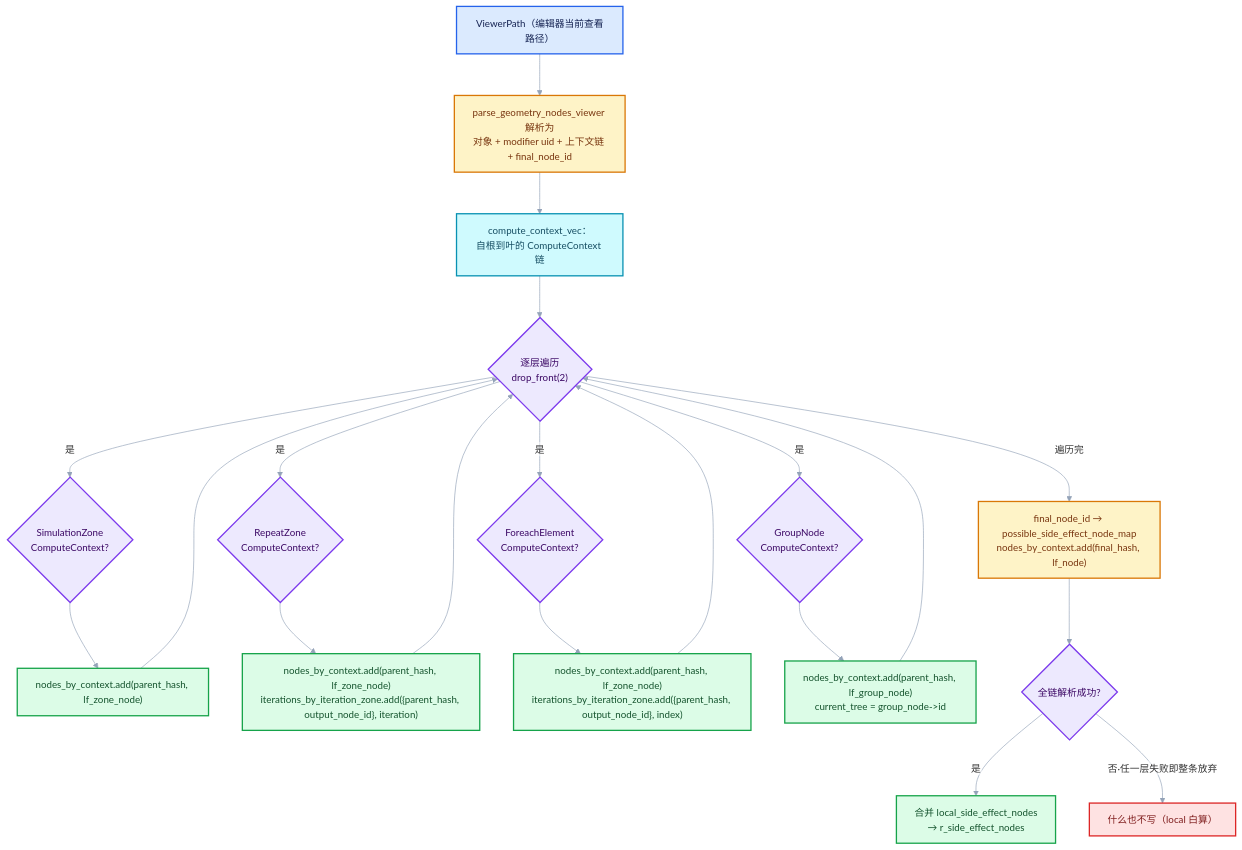
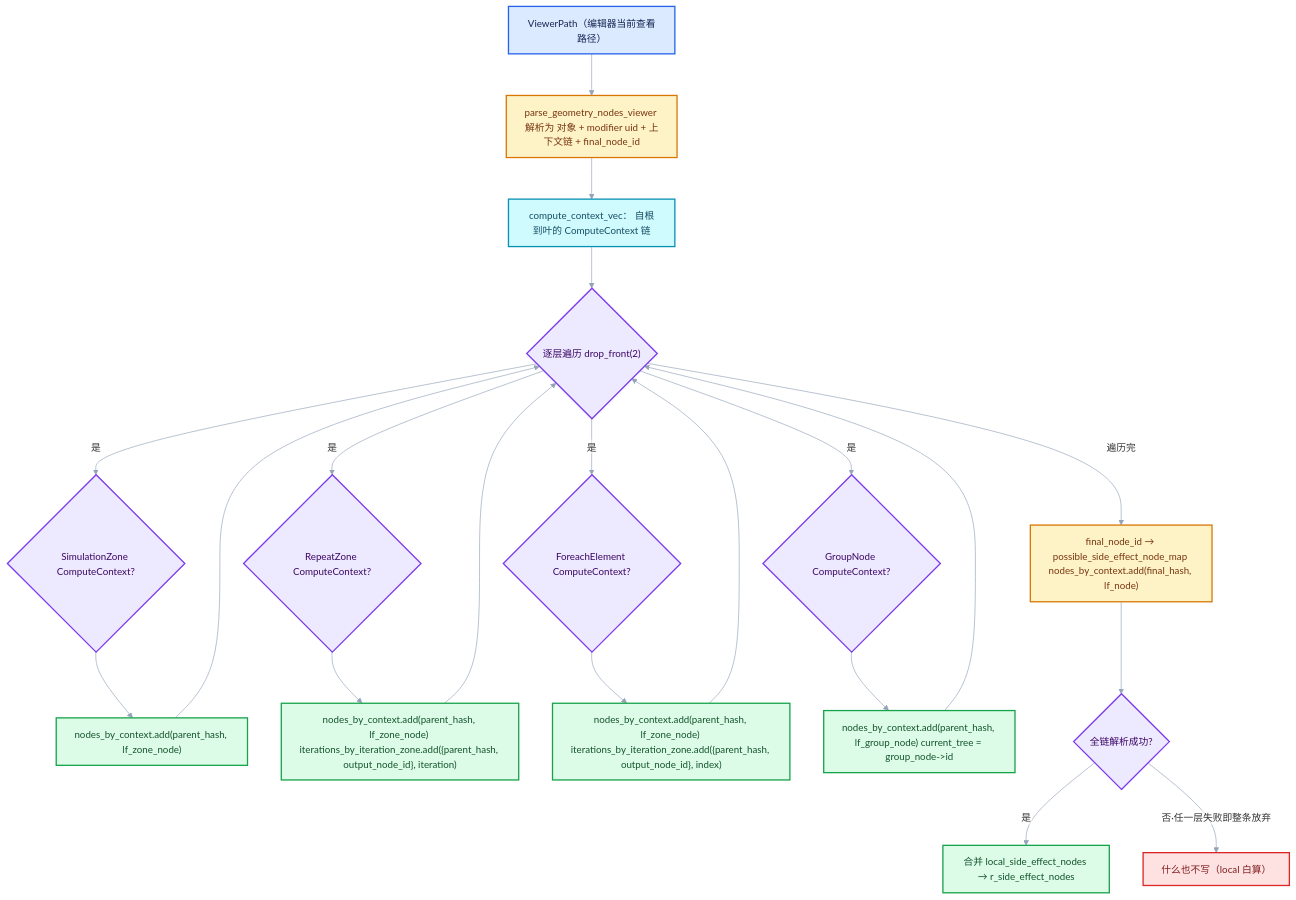
Before and after one commit to yunkezengren/blender-.vscode: the first of 3 diagrams in 杂/markdown/重复区域-dsh/04-运行时机制/03-副作用迭代与按需执行.md, drawn with Mermaid. The commit also changed other lines of this file and 27 other files, not shown here.

````diff
--- a/杂/markdown/重复区域-dsh/04-运行时机制/03-副作用迭代与按需执行.md
+++ b/杂/markdown/重复区域-dsh/04-运行时机制/03-副作用迭代与按需执行.md
@@ -248,37 +190,37 @@
 ```mermaid
 %%{init: {"theme":"base","themeVariables":{"fontFamily":"\"Segoe UI\",\"Microsoft YaHei\",sans-serif","fontSize":"15px","lineColor":"#94A3B8","edgeLabelBackground":"#FFFFFF","clusterBkg":"#F8FAFC","clusterBorder":"#CBD5E1"},"flowchart":{"htmlLabels":false,"curve":"basis","nodeSpacing":52,"rankSpacing":64,"padding":14,"diagramPadding":16,"useMaxWidth":true},"sequence":{"useMaxWidth":true,"wrap":true,"mirrorActors":false,"messageMargin":36}}}%%
 flowchart TB
   VP["ViewerPath（编辑器当前查看路径）"]:::input
-  P["parse_geometry_nodes_viewer 解析为<br/>对象 + modifier uid + 上下文链 + final_node_id"]:::compute
-  CC["compute_context_vec：<br/>自根到叶的 ComputeContext 链"]:::data
-  LOOP{"逐层遍历<br/>drop_front(2)"}:::abstraction
-  SIM{"SimulationZone<br/>ComputeContext?"}:::abstraction
-  REP{"RepeatZone<br/>ComputeContext?"}:::abstraction
-  FE{"ForeachElement<br/>ComputeContext?"}:::abstraction
-  GRP{"GroupNode<br/>ComputeContext?"}:::abstraction
+  P["parse_geometry_nodes_viewer 解析为 对象 + modifier uid + 上下文链 + final_node_id"]:::compute
+  CC["compute_context_vec： 自根到叶的 ComputeContext 链"]:::data
+  LOOP{"逐层遍历 drop_front(2)"}:::abstraction
+  SIM{"SimulationZone ComputeContext?"}:::abstraction
+  REP{"RepeatZone ComputeContext?"}:::abstraction
+  FE{"ForeachElement ComputeContext?"}:::abstraction
+  GRP{"GroupNode ComputeContext?"}:::abstraction
   ADD1["nodes_by_context.add(parent_hash, lf_zone_node)"]:::result
-  ADD2["nodes_by_context.add(parent_hash, lf_zone_node)<br/>iterations_by_iteration_zone.add({parent_hash, output_node_id}, iteration)"]:::result
-  ADD3["nodes_by_context.add(parent_hash, lf_zone_node)<br/>iterations_by_iteration_zone.add({parent_hash, output_node_id}, index)"]:::result
-  ADD4["nodes_by_context.add(parent_hash, lf_group_node)<br/>current_tree = group_node->id"]:::result
-  FIN["final_node_id → possible_side_effect_node_map<br/>nodes_by_context.add(final_hash, lf_node)"]:::compute
+  ADD2["nodes_by_context.add(parent_hash, lf_zone_node) iterations_by_iteration_zone.add({parent_hash, output_node_id}, iteration)"]:::result
+  ADD3["nodes_by_context.add(parent_hash, lf_zone_node) iterations_by_iteration_zone.add({parent_hash, output_node_id}, index)"]:::result
+  ADD4["nodes_by_context.add(parent_hash, lf_group_node) current_tree = group_node->id"]:::result
+  FIN["final_node_id → possible_side_effect_node_map nodes_by_context.add(final_hash, lf_node)"]:::compute
   CHK{"全链解析成功?"}:::abstraction
-  MERGE["合并 local_side_effect_nodes<br/>→ r_side_effect_nodes"]:::result
+  MERGE["合并 local_side_effect_nodes → r_side_effect_nodes"]:::result
   VP --> P --> CC --> LOOP
   LOOP -->|是| SIM
   LOOP -->|是| REP
   LOOP -->|是| FE
   LOOP -->|是| GRP
   SIM --> ADD1 --> LOOP
   REP --> ADD2 --> LOOP
   FE --> ADD3 --> LOOP
   GRP --> ADD4 --> LOOP
   LOOP -->|遍历完| FIN --> CHK
   CHK -->|是| MERGE
   CHK -->|否·任一层失败即整条放弃| ABORT["什么也不写（local 白算）"]:::error
   classDef input fill:#DBEAFE,stroke:#2563EB,color:#172554,stroke-width:2px;
   classDef data fill:#CFFAFE,stroke:#0891B2,color:#164E63,stroke-width:2px;
   classDef abstraction fill:#EDE9FE,stroke:#7C3AED,color:#3B0764,stroke-width:2px;
   classDef compute fill:#FEF3C7,stroke:#D97706,color:#78350F,stroke-width:2px;
   classDef result fill:#DCFCE7,stroke:#16A34A,color:#14532D,stroke-width:2px;
   classDef error fill:#FEE2E2,stroke:#DC2626,color:#7F1D1D,stroke-width:2px;
 ```
````
